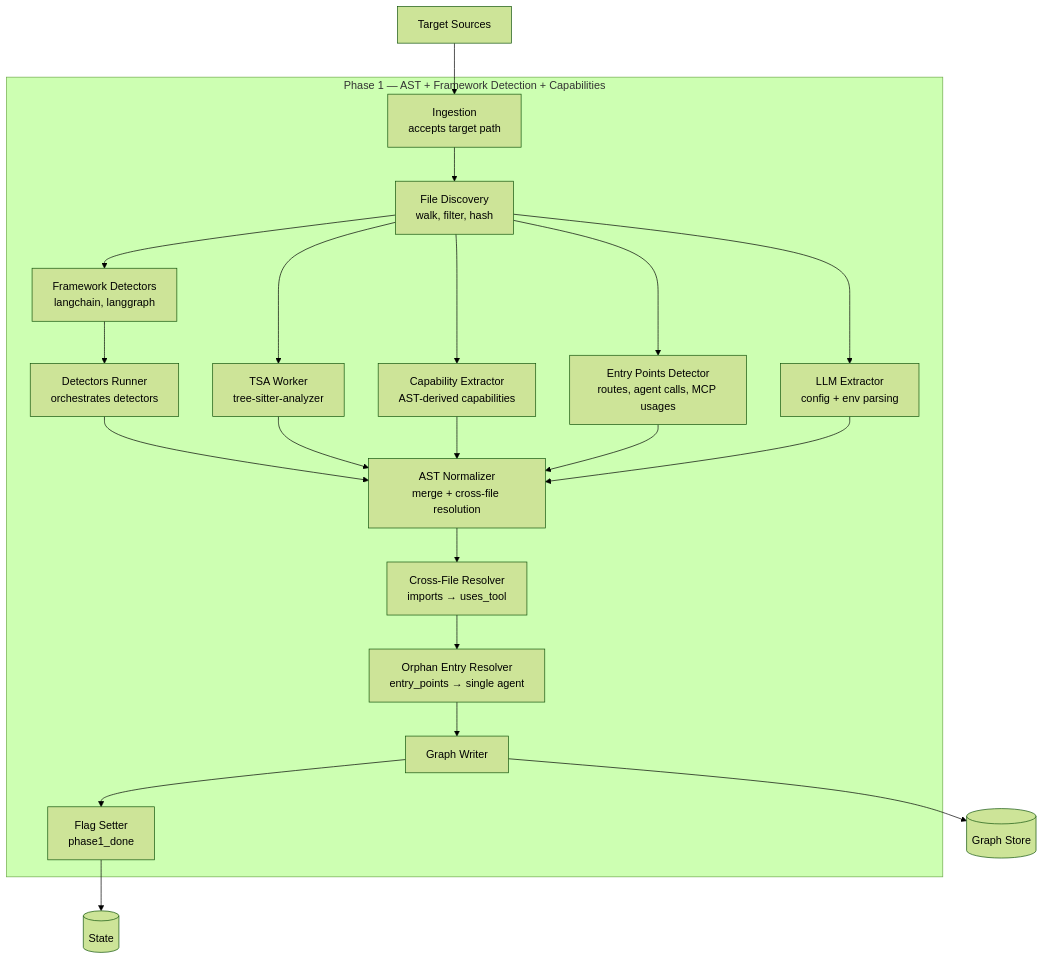
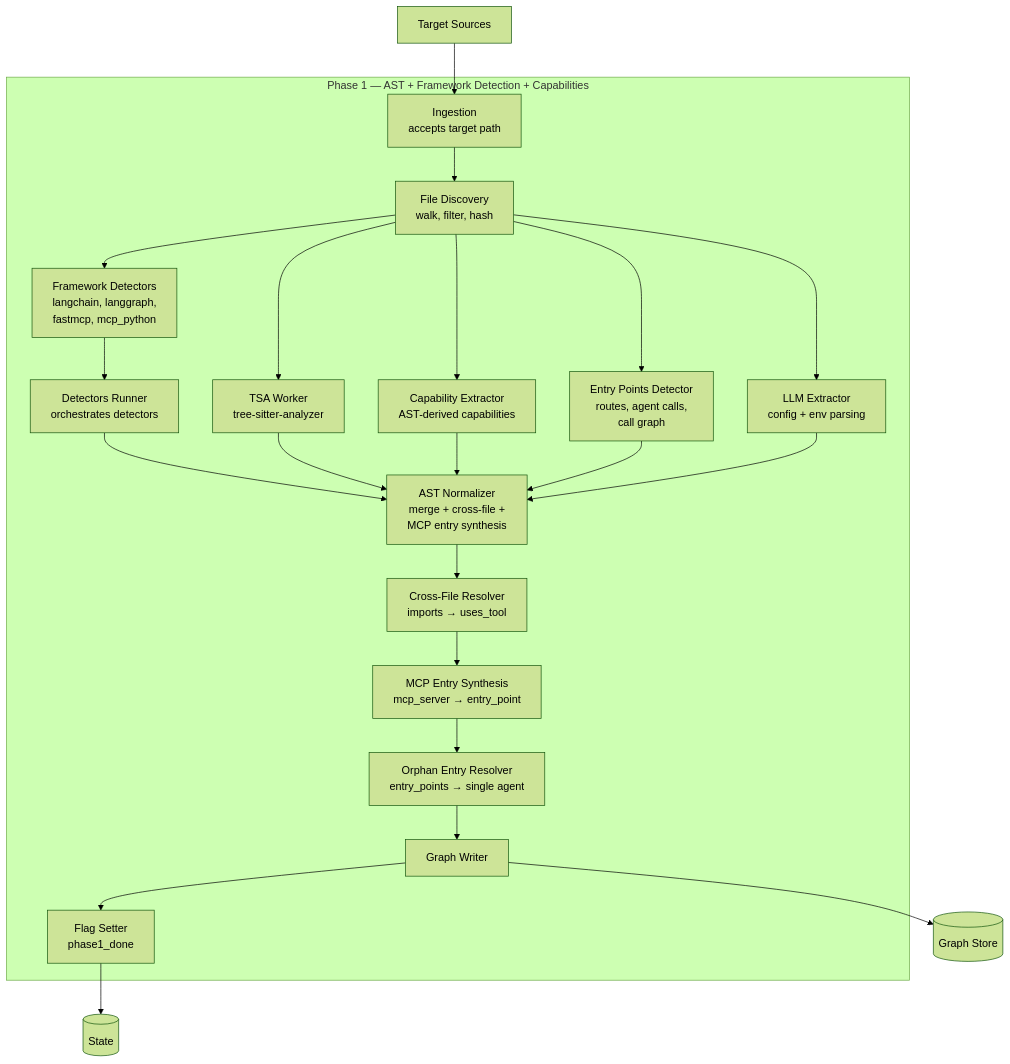
Before and after one commit to Malinowiy/AICorellator: the diagram in Documentation/Architecture/C4_L3_Phase1.md, drawn with Mermaid (forest theme). The commit also changed other lines of this file and 2 other files, not shown here.

First line of the commit message:
docs: ADR-0013 and C4 L3 Phase 1 for MCP detectors

````diff
--- a/Documentation/Architecture/C4_L3_Phase1.md
+++ b/Documentation/Architecture/C4_L3_Phase1.md
@@ -25,38 +25,40 @@
 ```mermaid
 flowchart TB
     subgraph PH1["Phase 1 — AST + Framework Detection + Capabilities"]
         ING[Ingestion<br/>accepts target path]
         DISC[File Discovery<br/>walk, filter, hash]
         CAP[Capability Extractor<br/>AST-derived capabilities]
         TSA[TSA Worker<br/>tree-sitter-analyzer]
-        DET[Framework Detectors<br/>langchain, langgraph]
+        DET[Framework Detectors<br/>langchain, langgraph,<br/>fastmcp, mcp_python]
         RUN[Detectors Runner<br/>orchestrates detectors]
-        EP[Entry Points Detector<br/>routes, agent calls, MCP usages]
+        EP[Entry Points Detector<br/>routes, agent calls,<br/>call graph]
         LLMX[LLM Extractor<br/>config + env parsing]
-        NORM[AST Normalizer<br/>merge + cross-file resolution]
+        NORM[AST Normalizer<br/>merge + cross-file +<br/>MCP entry synthesis]
         XF[Cross-File Resolver<br/>imports → uses_tool]
+        MCPENT[MCP Entry Synthesis<br/>mcp_server → entry_point]
         ORPH[Orphan Entry Resolver<br/>entry_points → single agent]
         WRITE[Graph Writer]
         FLAG[Flag Setter<br/>phase1_done]
     end
 
     SRC[Target Sources] --> ING
     ING --> DISC
     DISC --> TSA
     DISC --> CAP
     DISC --> DET
     DISC --> EP
     DISC --> LLMX
     DET --> RUN
     RUN --> NORM
     TSA --> NORM
     CAP --> NORM
     EP --> NORM
     LLMX --> NORM
     NORM --> XF
-    XF --> ORPH
+    XF --> MCPENT
+    MCPENT --> ORPH
     ORPH --> WRITE
     WRITE --> GS[(Graph Store)]
     WRITE --> FLAG
     FLAG --> STATE[(State)]
 ```
````
